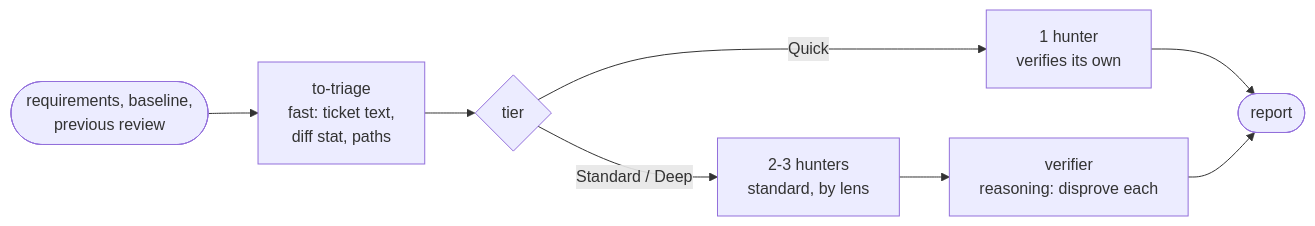
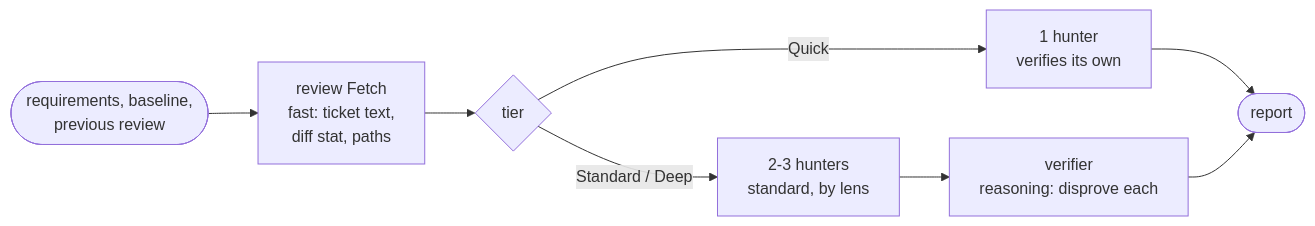
The first of 2 diagrams in docs/go-review.md (le0u0/just-do-it), drawn with Mermaid before and after one commit. The commit also changed other lines of this file and 40 other files, not shown here.

````diff
--- a/docs/go-review.md
+++ b/docs/go-review.md
@@ -9,10 +9,10 @@
 ```mermaid
 flowchart LR
-    IN([requirements, baseline,<br/>previous review]) --> G[to-triage<br/>fast: ticket text,<br/>diff stat, paths]
+    IN([requirements, baseline,<br/>previous review]) --> G[review Fetch<br/>fast: ticket text,<br/>diff stat, paths]
     G --> T{tier}
     T -->|Quick| Q[1 hunter<br/>verifies its own]
     T -->|Standard / Deep| H[2-3 hunters<br/>standard, by lens]
     H --> V[verifier<br/>reasoning: disprove each]
     Q --> R([report])
     V --> R
 ```
````
